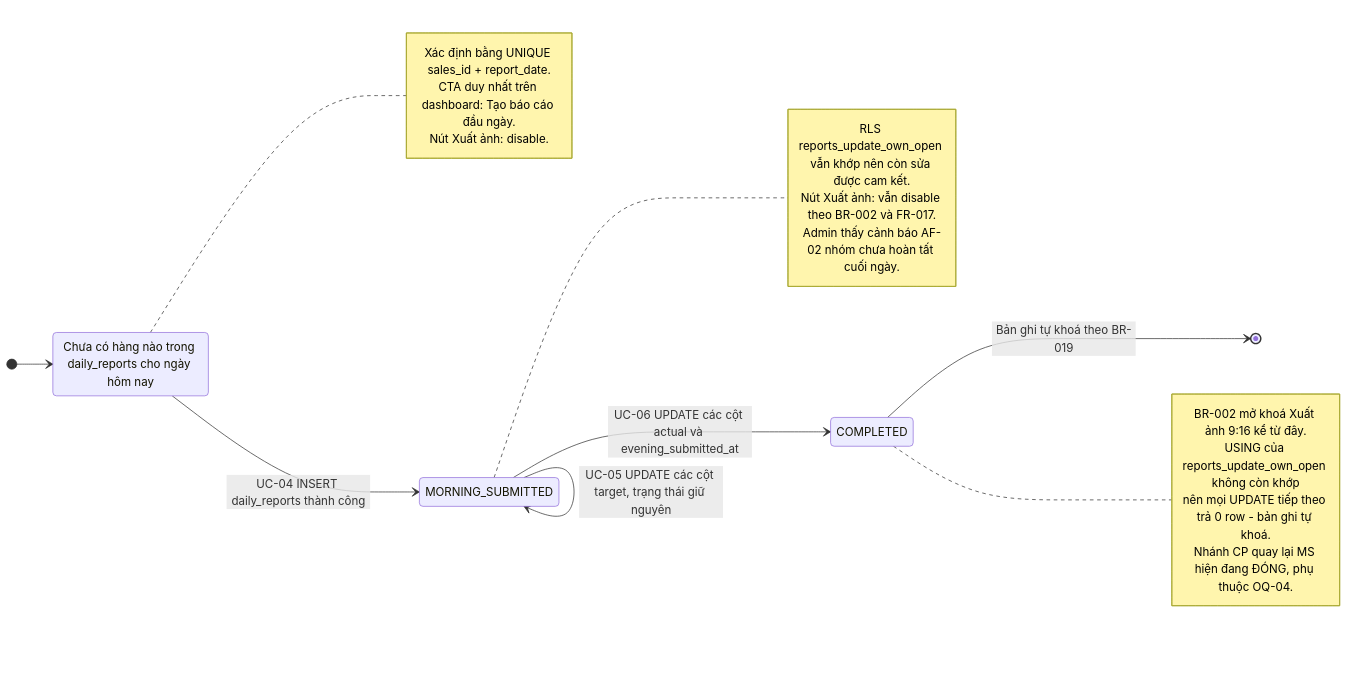
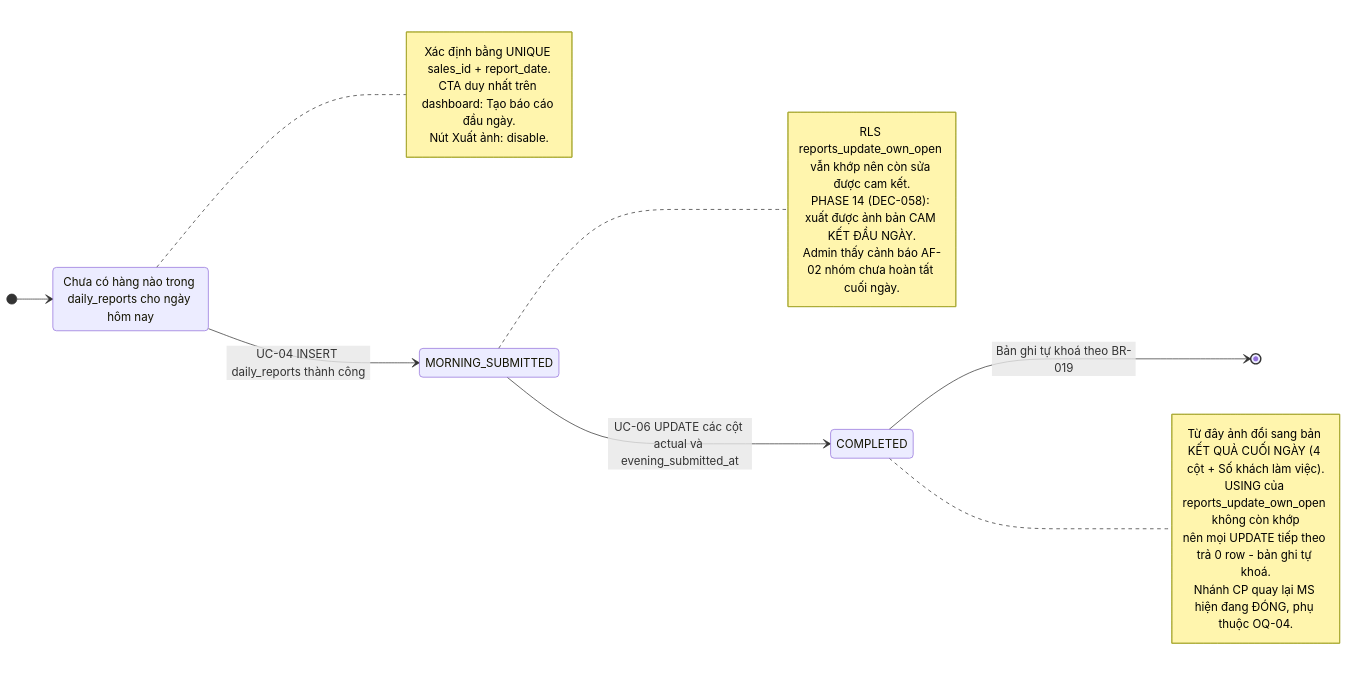
The first of 6 diagrams in docs/03-workflow.md (LeDuyKhangZz/BikeForce-Bicycle-Sales-Management), drawn with Mermaid before and after one commit. The commit also changed other lines of this file and 32 other files, not shown here.

First line of the commit message:
feat(phase14): bỏ sửa cam kết sáng; ảnh 9:16 đổi nội dung, đổi màu, tách hai biến thể

````diff
--- a/docs/03-workflow.md
+++ b/docs/03-workflow.md
@@ -52,33 +52,32 @@
 ```mermaid
 stateDiagram-v2
     direction LR
 
     state "Chưa có hàng nào trong daily_reports cho ngày hôm nay" as NONE
     state "MORNING_SUBMITTED" as MS
     state "COMPLETED" as CP
 
     [*] --> NONE
     NONE --> MS: UC-04 INSERT daily_reports thành công
-    MS --> MS: UC-05 UPDATE các cột target, trạng thái giữ nguyên
     MS --> CP: UC-06 UPDATE các cột actual và evening_submitted_at
     CP --> [*]: Bản ghi tự khoá theo BR-019
 
     note right of NONE
         Xác định bằng UNIQUE sales_id + report_date.
         CTA duy nhất trên dashboard: Tạo báo cáo đầu ngày.
         Nút Xuất ảnh: disable.
     end note
 
     note right of MS
         RLS reports_update_own_open vẫn khớp nên còn sửa được cam kết.
-        Nút Xuất ảnh: vẫn disable theo BR-002 và FR-017.
+        PHASE 14 (DEC-058): xuất được ảnh bản CAM KẾT ĐẦU NGÀY.
         Admin thấy cảnh báo AF-02 nhóm chưa hoàn tất cuối ngày.
     end note
 
     note right of CP
-        BR-002 mở khoá Xuất ảnh 9:16 kể từ đây.
+        Từ đây ảnh đổi sang bản KẾT QUẢ CUỐI NGÀY (4 cột + Số khách làm việc).
         USING của reports_update_own_open không còn khớp
         nên mọi UPDATE tiếp theo trả 0 row - bản ghi tự khoá.
         Nhánh CP quay lại MS hiện đang ĐÓNG, phụ thuộc OQ-04.
     end note
 ```
````
